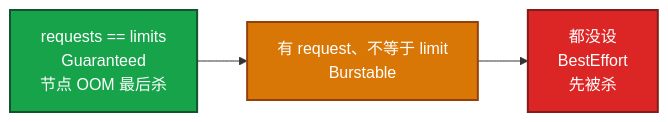
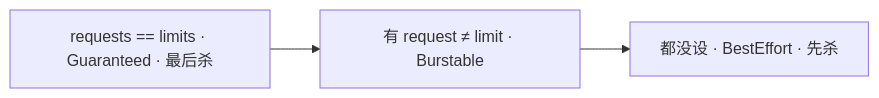
Before and after one commit to ml-cuizijun/LearnToLilith: the fourth of 5 diagrams in 04-Kubernetes/04-Pod生命周期/知识点.md, drawn with Mermaid. The commit also changed other lines of this file and 107 other files, not shown here.

````diff
--- a/04-Kubernetes/04-Pod生命周期/知识点.md
+++ b/04-Kubernetes/04-Pod生命周期/知识点.md
@@ -304,12 +372,5 @@
 ```mermaid
 flowchart LR
-    g[requests == limits<br/>Guaranteed<br/>节点 OOM 最后杀] --> b[有 request、不等于 limit<br/>Burstable]
-    b --> e[都没设<br/>BestEffort<br/>先被杀]
-
-    classDef ok fill:#16A34A,stroke:#14532D,stroke-width:2px,color:#fff
-    classDef warn fill:#D97706,stroke:#92400E,stroke-width:2px,color:#fff
-    classDef bad fill:#DC2626,stroke:#7F1D1D,stroke-width:2px,color:#fff
-    class g ok
-    class b warn
-    class e bad
+    g[requests == limits · Guaranteed · 最后杀] --> b[有 request ≠ limit · Burstable]
+    b --> e[都没设 · BestEffort · 先杀]
 ```
````
